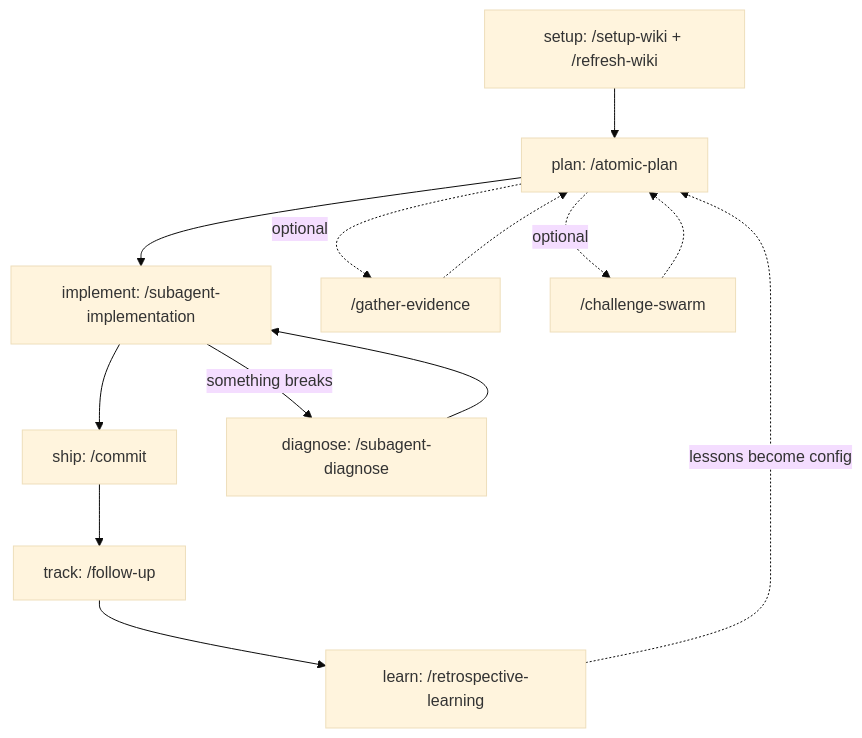
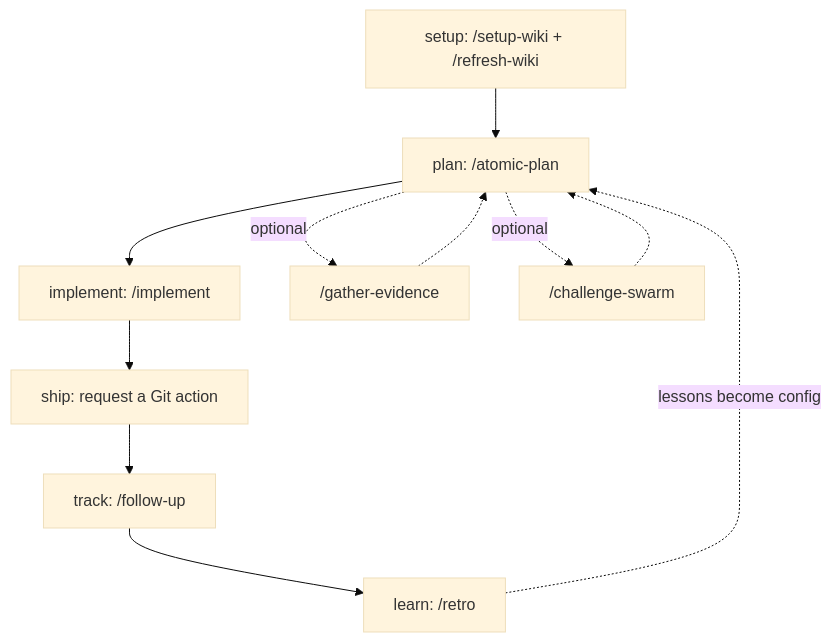
The first of 2 diagrams in docs/reference/workflow.md (damusix/atomic-claude), drawn with Mermaid (base theme) before and after one commit. The commit also changed other lines of this file and 203 other files, not shown here.

````diff
--- a/docs/reference/workflow.md
+++ b/docs/reference/workflow.md
@@ -9,15 +9,13 @@
 ```mermaid
 flowchart TD
     S["setup: /setup-wiki + /refresh-wiki"] --> P["plan: /atomic-plan"]
-    P --> I["implement: /subagent-implementation"]
-    I --> SH["ship: /commit"]
+    P --> I["implement: /implement"]
+    I --> SH["ship: request a Git action"]
     SH --> T["track: /follow-up"]
-    T --> R["learn: /retrospective-learning"]
+    T --> R["learn: /retro"]
     R -.->|lessons become config| P
-    I -->|something breaks| D["diagnose: /subagent-diagnose"]
-    D --> I
     P -.->|optional| GE["/gather-evidence"]
     P -.->|optional| CS["/challenge-swarm"]
     GE -.-> P
     CS -.-> P
 ```
````
